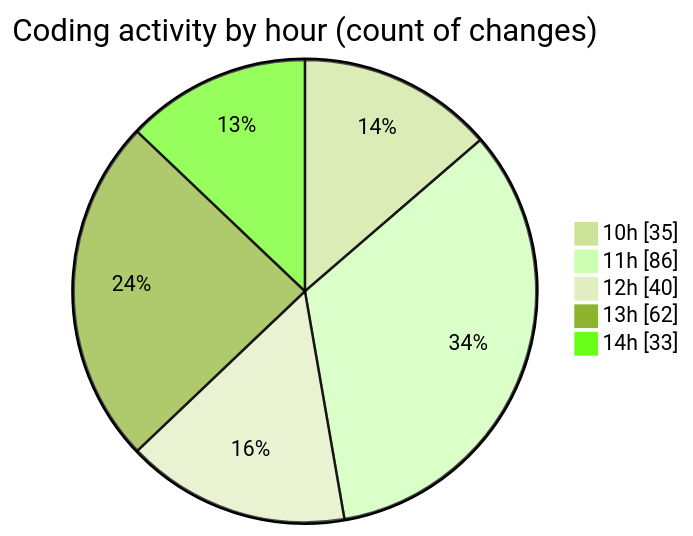
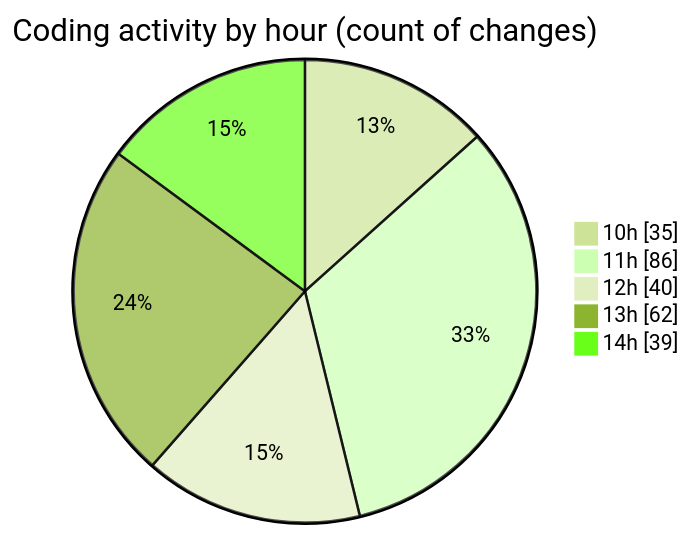
The second of 2 diagrams in 2025-03-28/cda/README.md (momahboobian/code-tracking), drawn with Mermaid (forest theme) before and after one commit. The commit also changed other lines of this file and 1 other file, not shown here.

````diff
--- a/2025-03-28/cda/README.md
+++ b/2025-03-28/cda/README.md
@@ -36,9 +36,9 @@
 ```mermaid
 pie showData
 title Coding activity by hour (count of changes)
 "10h" : 35
 "11h" : 86
 "12h" : 40
 "13h" : 62
-"14h" : 33
+"14h" : 39
 ```
````
